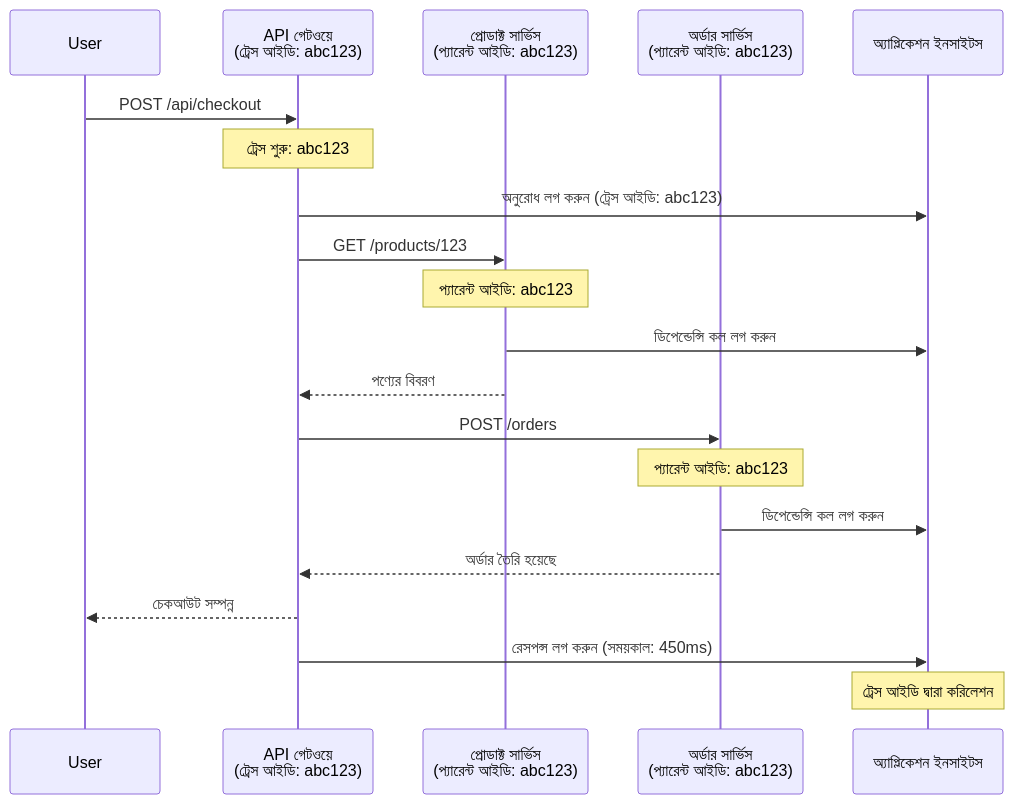
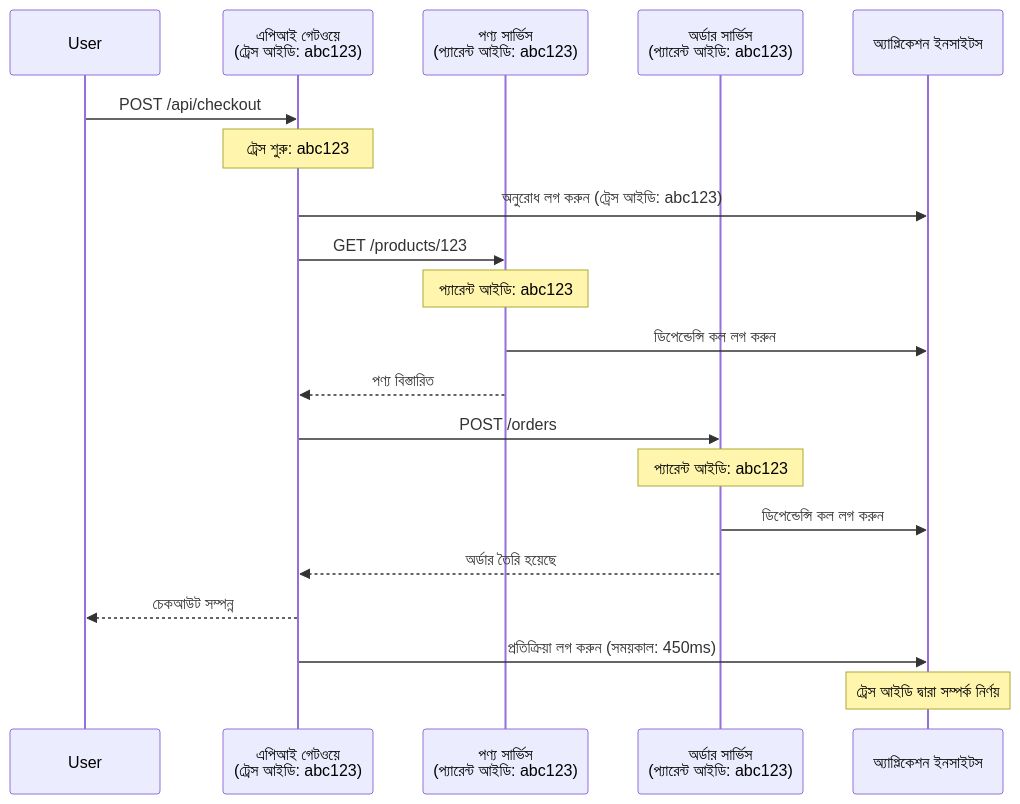
Before and after one commit to microsoft/AZD-for-beginners: the second of 2 diagrams in translations/bn/docs/chapter-06-pre-deployment/application-insights.md, drawn with Mermaid. The commit also changed other lines of this file and 101 other files, not shown here.

````diff
--- a/translations/bn/docs/chapter-06-pre-deployment/application-insights.md
+++ b/translations/bn/docs/chapter-06-pre-deployment/application-insights.md
@@ -744,27 +744,27 @@
 ```mermaid
 sequenceDiagram
     participant User
-    participant Gateway as API গেটওয়ে<br/>(ট্রেস আইডি: abc123)
-    participant Product as প্রোডাক্ট সার্ভিস<br/>(প্যারেন্ট আইডি: abc123)
+    participant Gateway as এপিআই গেটওয়ে<br/>(ট্রেস আইডি: abc123)
+    participant Product as পণ্য সার্ভিস<br/>(প্যারেন্ট আইডি: abc123)
     participant Order as অর্ডার সার্ভিস<br/>(প্যারেন্ট আইডি: abc123)
     participant AppInsights as অ্যাপ্লিকেশন ইনসাইটস
     
     User->>Gateway: POST /api/checkout
     Note over Gateway: ট্রেস শুরু: abc123
     Gateway->>AppInsights: অনুরোধ লগ করুন (ট্রেস আইডি: abc123)
     
     Gateway->>Product: GET /products/123
     Note over Product: প্যারেন্ট আইডি: abc123
     Product->>AppInsights: ডিপেন্ডেন্সি কল লগ করুন
-    Product-->>Gateway: পণ্যের বিবরণ
+    Product-->>Gateway: পণ্য বিস্তারিত
     
     Gateway->>Order: POST /orders
     Note over Order: প্যারেন্ট আইডি: abc123
     Order->>AppInsights: ডিপেন্ডেন্সি কল লগ করুন
     Order-->>Gateway: অর্ডার তৈরি হয়েছে
     
     Gateway-->>User: চেকআউট সম্পন্ন
-    Gateway->>AppInsights: রেসপন্স লগ করুন (সময়কাল: 450ms)
+    Gateway->>AppInsights: প্রতিক্রিয়া লগ করুন (সময়কাল: 450ms)
     
-    Note over AppInsights: ট্রেস আইডি দ্বারা করিলেশন
+    Note over AppInsights: ট্রেস আইডি দ্বারা সম্পর্ক নির্ণয়
 ```
````
